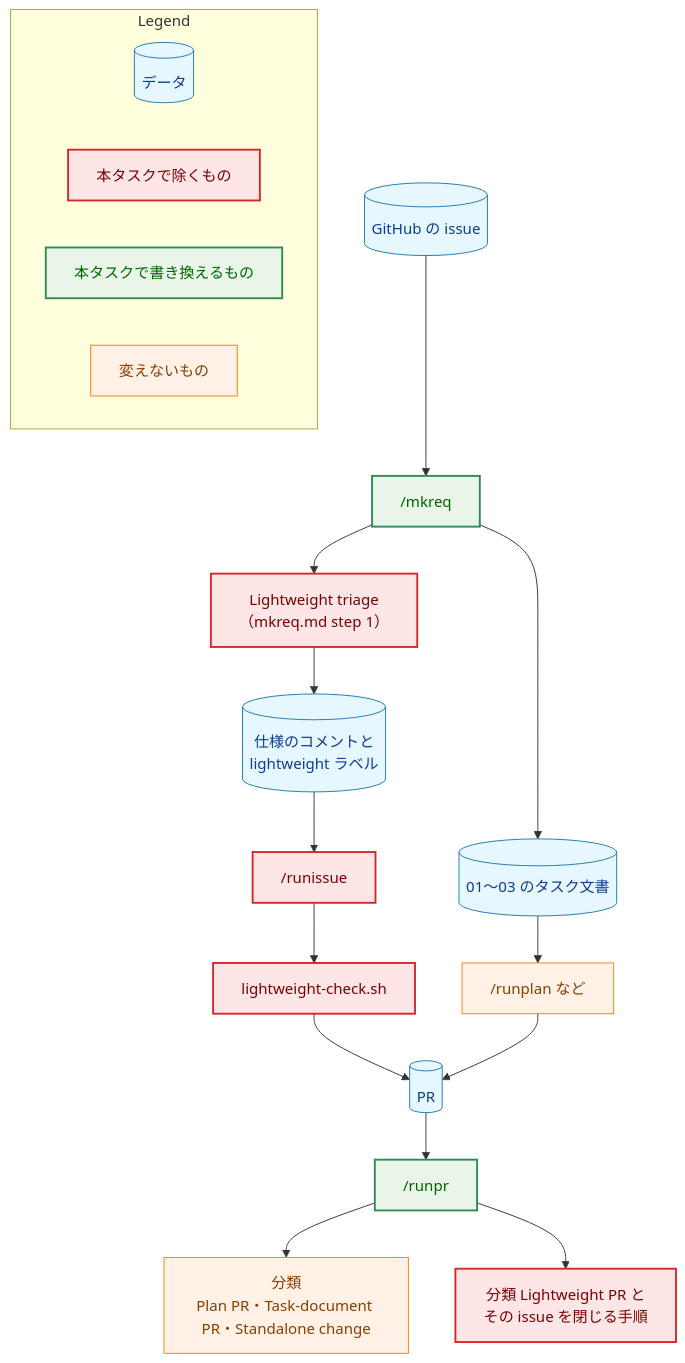
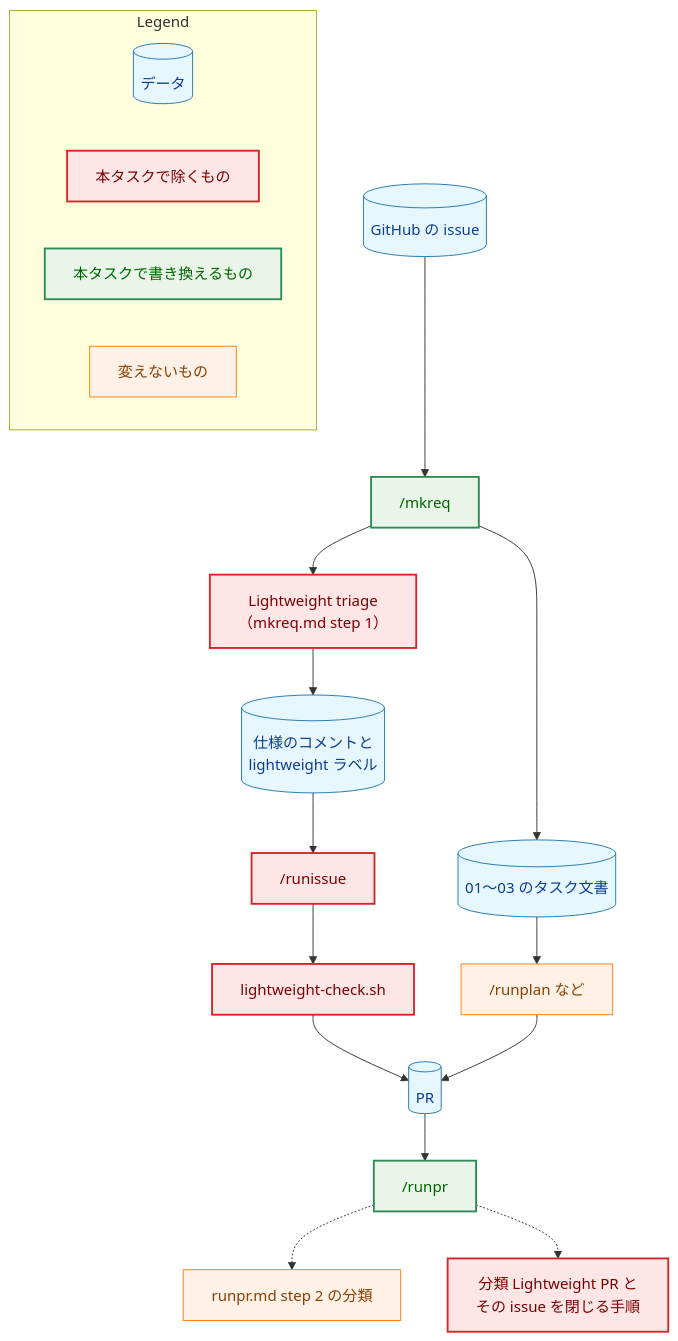
One commit to isseis/yt2column changed the first of 4 diagrams in docs/tasks/0075_remove_lightweight_process/02_architecture.md. Above: the diagram before and after it, drawn with Mermaid. The commit also changed other lines of this file, not shown here.

First line of the commit message:
docs(0075): address the architecture review and the prose pass

````diff
--- a/docs/tasks/0075_remove_lightweight_process/02_architecture.md
+++ b/docs/tasks/0075_remove_lightweight_process/02_architecture.md
@@ -58,49 +58,49 @@
 ```mermaid
 flowchart TD
     classDef data fill:#e6f7ff,stroke:#1f77b4,stroke-width:1px,color:#0b3d91;
     classDef process fill:#fff1e6,stroke:#ff7f0e,stroke-width:1px,color:#8a3e00;
     classDef enhanced fill:#e8f5e8,stroke:#2e8b57,stroke-width:2px,color:#006400;
     classDef problem fill:#ffe6e6,stroke:#d62728,stroke-width:2px,color:#7b0000;
 
     ISSUE[("GitHub の issue")]
     MKREQ["/mkreq"]
     TRIAGE["Lightweight triage<br>（mkreq.md step 1）"]
     SPEC[("仕様のコメントと<br>lightweight ラベル")]
     RUNISSUE["/runissue"]
     CHECK["lightweight-check.sh"]
     DOCS[("01〜03 のタスク文書")]
     RUNPLAN["/runplan など"]
     PR[("PR")]
     RUNPR["/runpr"]
-    KIND["分類<br>Plan PR・Task-document PR・Standalone change"]
+    KIND["runpr.md step 2 の分類"]
     LWKIND["分類 Lightweight PR と<br>その issue を閉じる手順"]
 
     ISSUE --> MKREQ
     MKREQ --> TRIAGE
     TRIAGE --> SPEC
     SPEC --> RUNISSUE
     RUNISSUE --> CHECK
     CHECK --> PR
     MKREQ --> DOCS
     DOCS --> RUNPLAN
     RUNPLAN --> PR
     PR --> RUNPR
-    RUNPR --> KIND
-    RUNPR --> LWKIND
+    RUNPR -.-> KIND
+    RUNPR -.-> LWKIND
 
     class ISSUE,SPEC,DOCS,PR data
     class TRIAGE,RUNISSUE,CHECK,LWKIND problem
     class MKREQ,RUNPR enhanced
     class RUNPLAN,KIND process
 
     subgraph Legend["Legend"]
         L1[("データ")]
         L2["本タスクで除くもの"]
         L3["本タスクで書き換えるもの"]
         L4["変えないもの"]
     end
     class L1 data
     class L2 problem
     class L3 enhanced
     class L4 process
 ```
````
